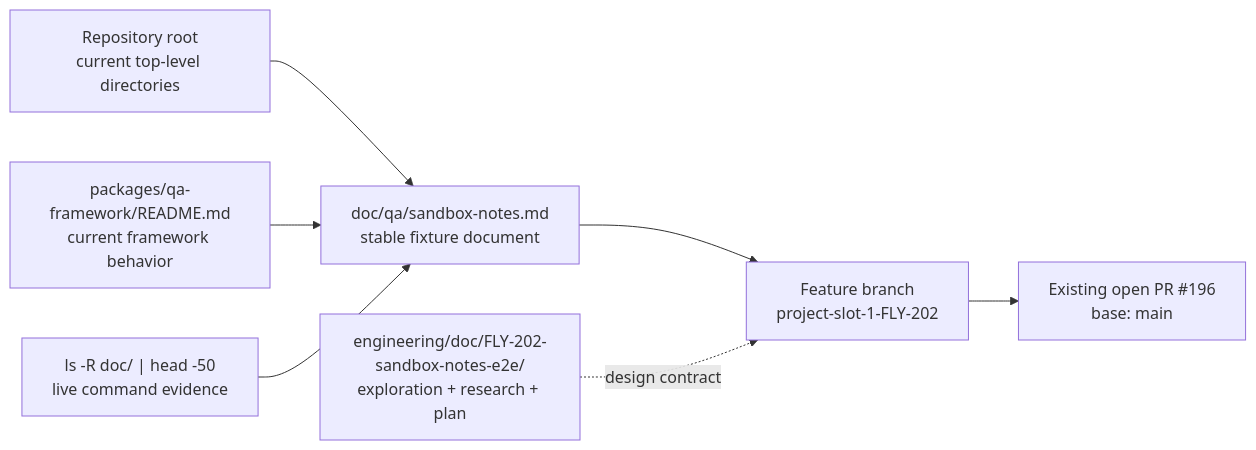
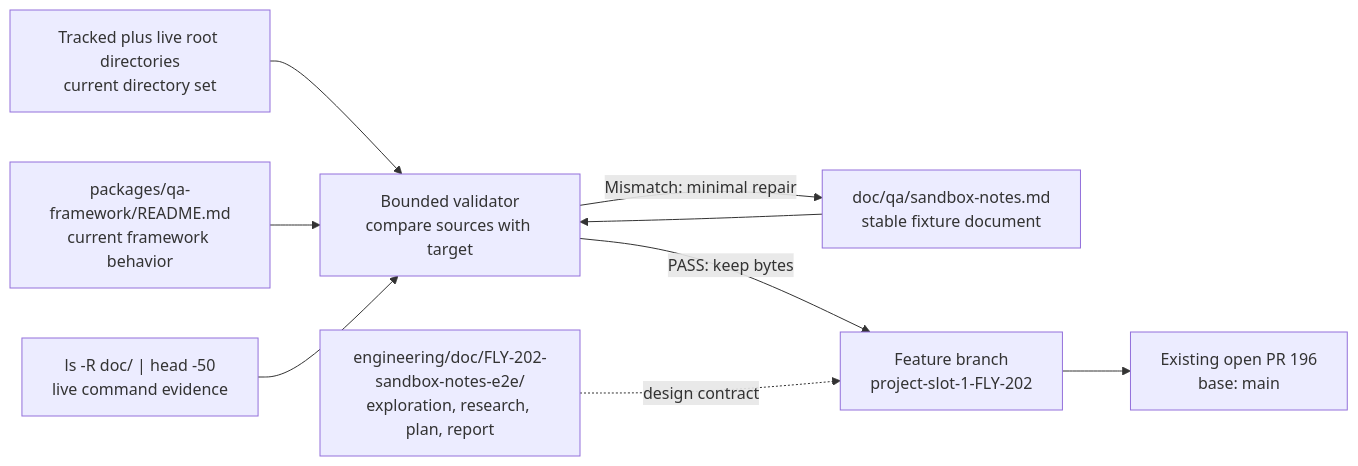
The diagram in engineering/doc/FLY-202-sandbox-notes-e2e/structure-model.mmd (xrliAnnie/flywheel-qa-sandbox), drawn with Mermaid before and after one commit. The commit also changed other lines of this file and 5 other files, not shown here.

Commit message:
docs(FLY-202): refresh idempotent fixture design

```diff
--- a/engineering/doc/FLY-202-sandbox-notes-e2e/structure-model.mmd
+++ b/engineering/doc/FLY-202-sandbox-notes-e2e/structure-model.mmd
@@ -1,7 +1,9 @@
 flowchart LR
-    A["Repository root<br/>current top-level directories"] --> D["doc/qa/sandbox-notes.md<br/>stable fixture document"]
-    B["packages/qa-framework/README.md<br/>current framework behavior"] --> D
-    C["ls -R doc/ | head -50<br/>live command evidence"] --> D
-    D --> E["Feature branch<br/>project-slot-1-FLY-202"]
-    E --> F["Existing open PR #196<br/>base: main"]
-    G["engineering/doc/FLY-202-sandbox-notes-e2e/<br/>exploration + research + plan"] -. design contract .-> E
+    A["Tracked plus live root directories<br/>current directory set"] --> V["Bounded validator<br/>compare sources with target"]
+    B["packages/qa-framework/README.md<br/>current framework behavior"] --> V
+    C["ls -R doc/ | head -50<br/>live command evidence"] --> V
+    D["doc/qa/sandbox-notes.md<br/>stable fixture document"] --> V
+    V -->|"PASS: keep bytes"| E["Feature branch<br/>project-slot-1-FLY-202"]
+    V -->|"Mismatch: minimal repair"| D
+    E --> F["Existing open PR 196<br/>base: main"]
+    G["engineering/doc/FLY-202-sandbox-notes-e2e/<br/>exploration, research, plan, report"] -. "design contract" .-> E
```
